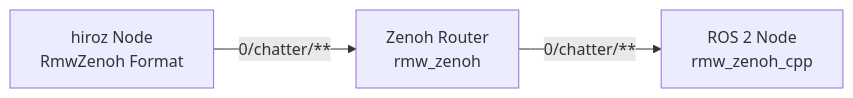
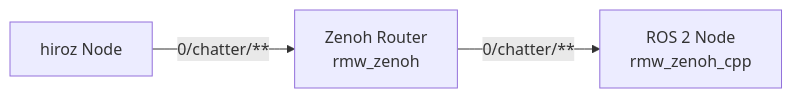
Before and after one commit to ZettaScaleLabs/hiroz: the diagram in docs/experimental/keyexpr-formats.md, drawn with Mermaid. The commit also changed other lines of this file and 32 other files, not shown here.

First line of the commit message:
chore: remove hiroz-bridge and Ros2Dds key expression format

````diff
--- a/docs/experimental/keyexpr-formats.md
+++ b/docs/experimental/keyexpr-formats.md
@@ -205,7 +80,7 @@
 ```mermaid
 graph LR
 accTitle: RmwZenoh key expression format connecting hiroz and ROS 2 nodes
-accDescr: A hiroz node in RmwZenoh format communicates through a Zenoh router using domain-prefixed key expressions to reach a standard ROS 2 node running rmw_zenoh_cpp.
-    A[hiroz Node<br/>RmwZenoh Format] -->|"0/chatter/**"| B[Zenoh Router<br/>rmw_zenoh]
+accDescr: A hiroz node communicates through a Zenoh router using domain-prefixed key expressions to reach a standard ROS 2 node running rmw_zenoh_cpp.
+    A[hiroz Node] -->|"0/chatter/**"| B[Zenoh Router<br/>rmw_zenoh]
     B -->|"0/chatter/**"| C[ROS 2 Node<br/>rmw_zenoh_cpp]
 ```
````
